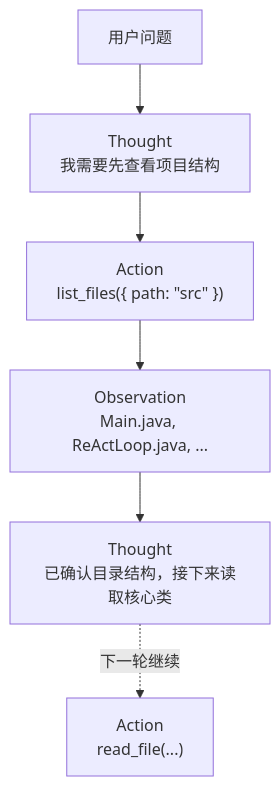
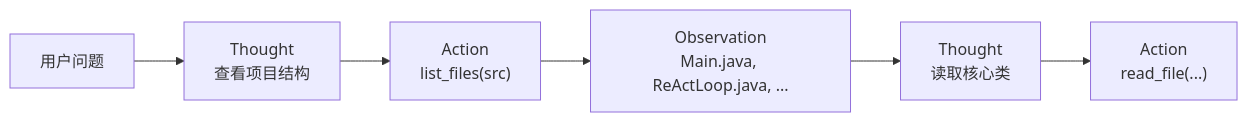
Before and after one commit to liuqitoday/personal-blog: the fourth of 8 diagrams in src/content/blog/ai-agent-chatbot-to-coding-agent.md, drawn with Mermaid. The commit also changed other lines of this file and 2 other files, not shown here.

Commit message:
Refine Mermaid diagram rendering and layouts

````diff
--- a/src/content/blog/ai-agent-chatbot-to-coding-agent.md
+++ b/src/content/blog/ai-agent-chatbot-to-coding-agent.md
@@ -222,8 +217,8 @@
 ```mermaid
-flowchart TB
-  U["用户问题"] --> T1["Thought<br/>我需要先查看项目结构"]
-  T1 --> A1["Action<br/>list_files({ path: &quot;src&quot; })"]
+flowchart LR
+  U["用户问题"] --> T1["Thought<br/>查看项目结构"]
+  T1 --> A1["Action<br/>list_files(src)"]
   A1 --> O1["Observation<br/>Main.java, ReActLoop.java, ..."]
-  O1 --> T2["Thought<br/>已确认目录结构，接下来读取核心类"]
-  T2 -. 下一轮继续 .-> A2["Action<br/>read_file(...)"]
+  O1 --> T2["Thought<br/>读取核心类"]
+  T2 --> A2["Action<br/>read_file(...)"]
 ```
````
